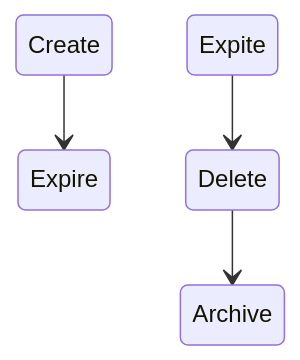
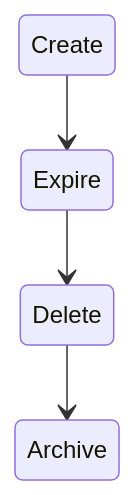
One commit to gferhpc/supercomputing.tue.nl changed the diagram in pages/documentation/administration/users.md. Above: the diagram before and after it, drawn with Mermaid.

````diff
--- a/pages/documentation/administration/users.md
+++ b/pages/documentation/administration/users.md
@@ -92,7 +92,7 @@
 ```mermaid
 stateDiagram
     Create --> Expire
-    Expite --> Delete
+    Expire --> Delete
     Delete --> Archive
 
 ``` 
````
